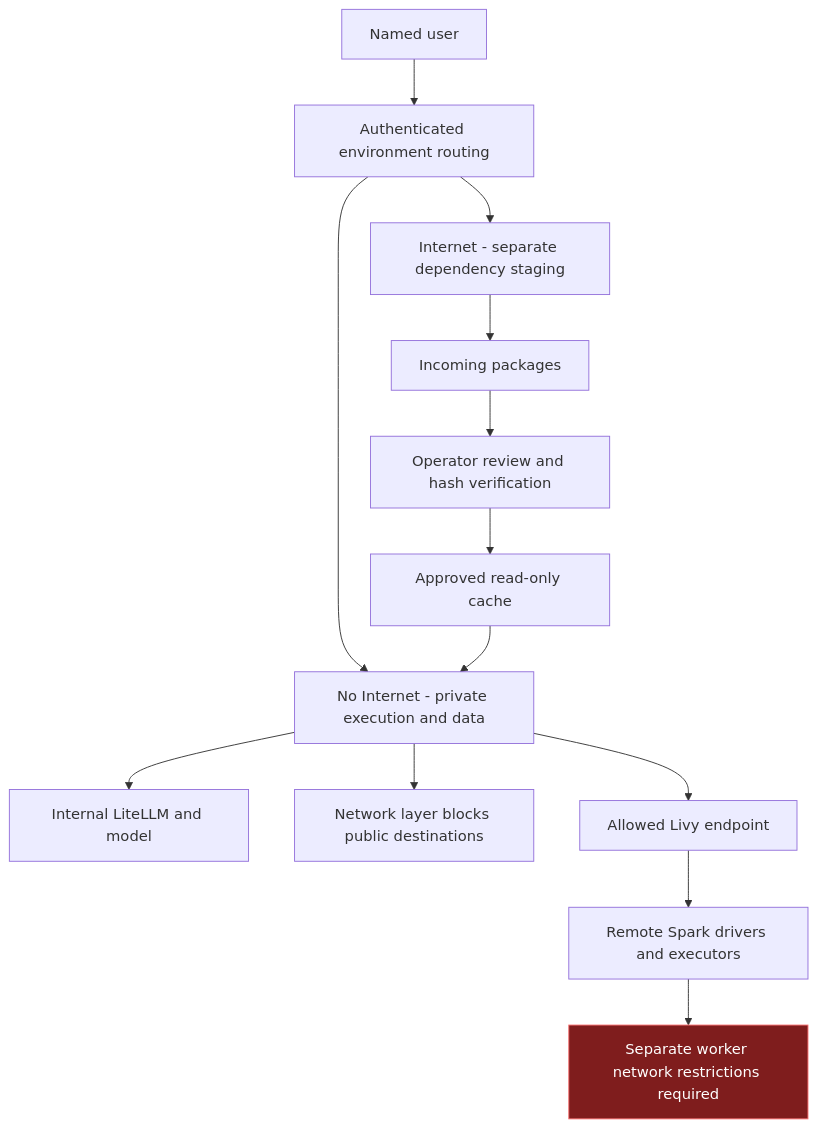
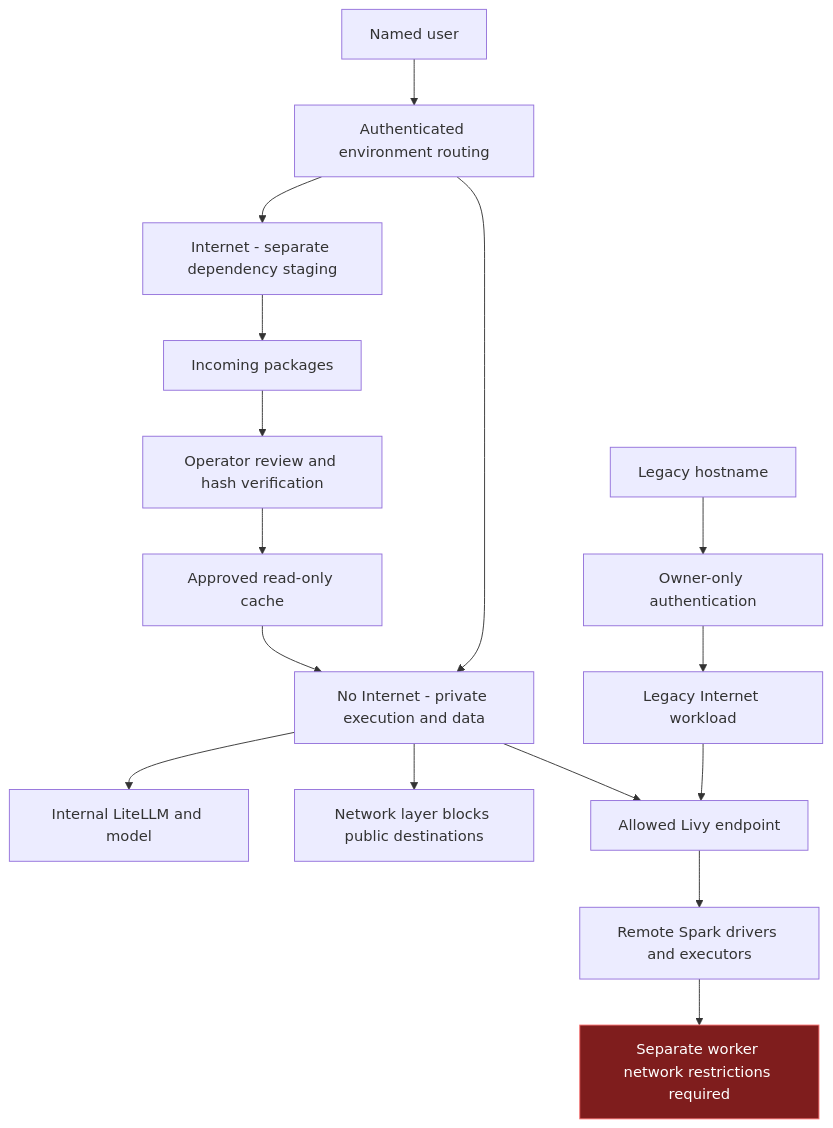
The first of 3 diagrams in docs/DSH_RDT_PILOT_SECURITY_CONTROL_ASSESSMENT.md (skunpoj/dsh_setup), drawn with Mermaid before and after one commit. The commit also changed other lines of this file and 37 other files, not shown here.

````diff
--- a/docs/DSH_RDT_PILOT_SECURITY_CONTROL_ASSESSMENT.md
+++ b/docs/DSH_RDT_PILOT_SECURITY_CONTROL_ASSESSMENT.md
@@ -40,17 +50,20 @@
 ```mermaid
 flowchart TB
  U[Named user] --> G[Authenticated environment routing]
  G --> S[No Internet - private execution and data]
  G --> I[Internet - separate dependency staging]
  S --> M[Internal LiteLLM and model]
  S --> B[Network layer blocks public destinations]
  I --> P[Incoming packages]
  P --> V[Operator review and hash verification]
  V --> C[Approved read-only cache]
  C --> S
+ X[Legacy hostname] --> Y[Owner-only authentication]
+ Y --> Z[Legacy Internet workload]
+ Z --> L[Allowed Livy endpoint]
  S --> L[Allowed Livy endpoint]
  L --> R[Remote Spark drivers and executors]
  R --> E[Separate worker network restrictions required]
  classDef exposure fill:#7f1d1d,stroke:#f87171,color:#ffffff
  class E exposure
 ```
````
